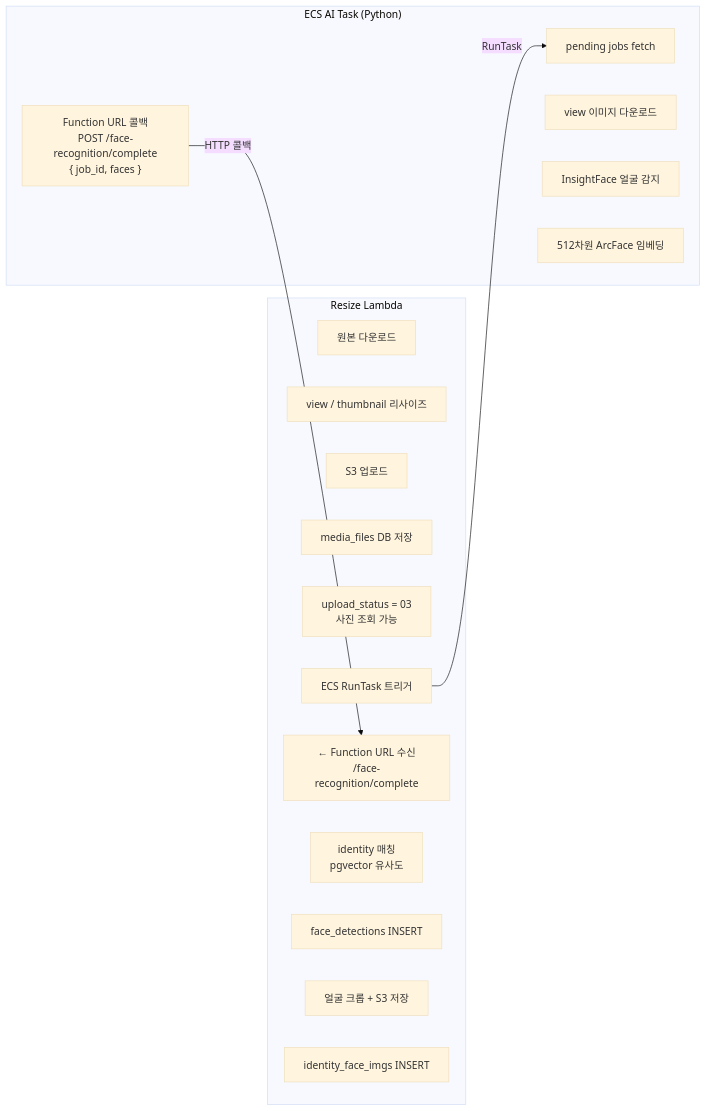
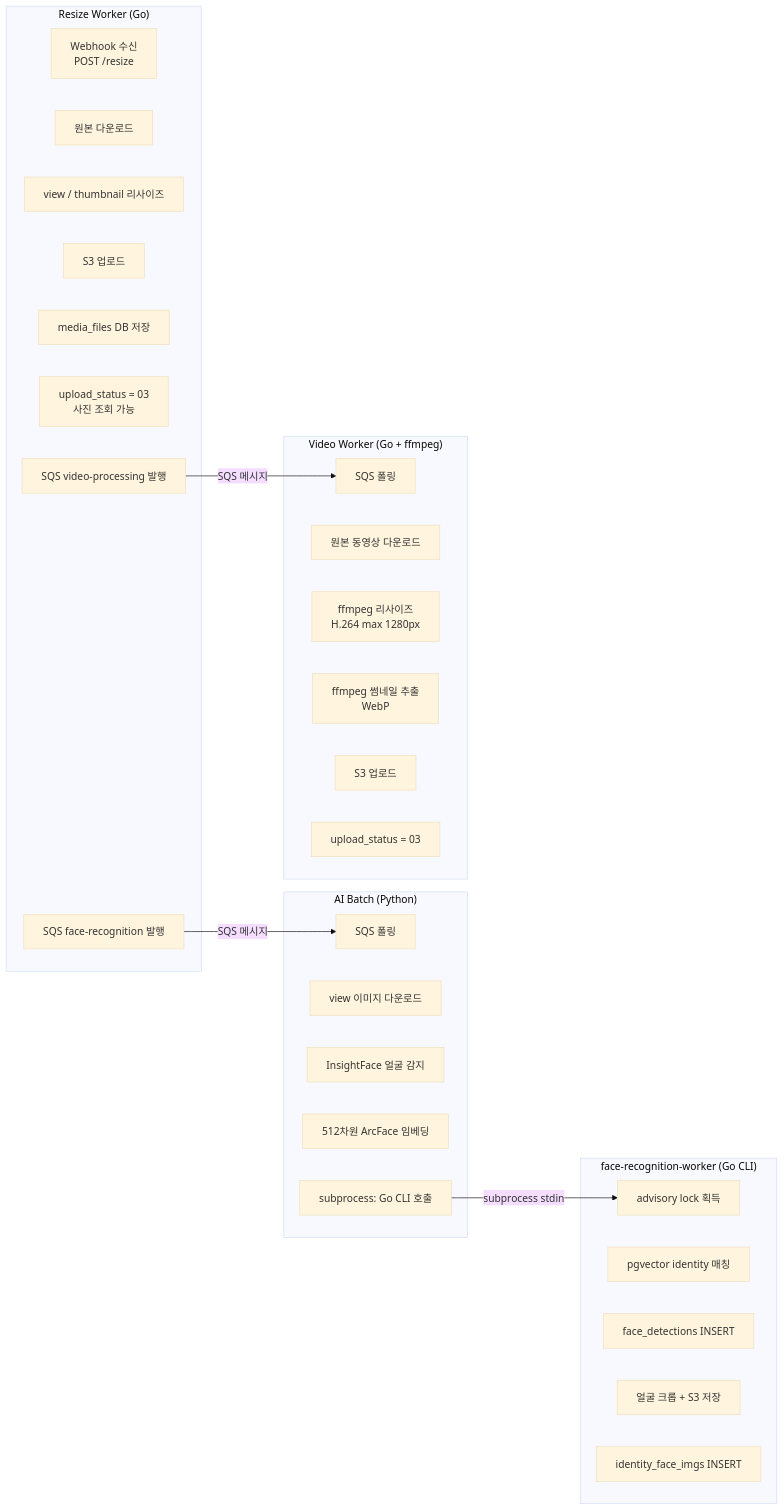
Before and after one commit to ywl0806/yuno_kiroku: the fifth of 8 diagrams in docs/03-aws-infrastructure.md, drawn with Mermaid (base theme). The commit also changed other lines of this file and 25 other files, not shown here.

````diff
--- a/docs/03-aws-infrastructure.md
+++ b/docs/03-aws-infrastructure.md
@@ -217,27 +271,42 @@
 ```mermaid
 graph LR
-    subgraph RL["Resize Lambda"]
-        RL1[원본 다운로드]
-        RL2[view / thumbnail 리사이즈]
-        RL3[S3 업로드]
-        RL4[media_files DB 저장]
-        RL5[upload_status = 03\n사진 조회 가능]
-        RL6[ECS RunTask 트리거]
-        RL7["← Function URL 수신\n/face-recognition/complete"]
-        RL8[identity 매칭\npgvector 유사도]
-        RL9[face_detections INSERT]
-        RL10[얼굴 크롭 + S3 저장]
-        RL11[identity_face_imgs INSERT]
+    subgraph RW["Resize Worker (Go)"]
+        RW1[Webhook 수신\nPOST /resize]
+        RW2[원본 다운로드]
+        RW3[view / thumbnail 리사이즈]
+        RW4[S3 업로드]
+        RW5[media_files DB 저장]
+        RW6[upload_status = 03\n사진 조회 가능]
+        RW7[SQS face-recognition 발행]
+        RW8[SQS video-processing 발행]
     end
 
-    subgraph ECS["ECS AI Task (Python)"]
-        ECS1[pending jobs fetch]
-        ECS2[view 이미지 다운로드]
-        ECS3[InsightFace 얼굴 감지]
-        ECS4[512차원 ArcFace 임베딩]
-        ECS5["Function URL 콜백\nPOST /face-recognition/complete\n{ job_id, faces }"]
+    subgraph AI["AI Batch (Python)"]
+        AI1[SQS 폴링]
+        AI2[view 이미지 다운로드]
+        AI3[InsightFace 얼굴 감지]
+        AI4[512차원 ArcFace 임베딩]
+        AI5[subprocess: Go CLI 호출]
     end
 
-    RL6 -->|RunTask| ECS1
-    ECS5 -->|HTTP 콜백| RL7
+    subgraph GoCLI["face-recognition-worker (Go CLI)"]
+        GO1[advisory lock 획득]
+        GO2[pgvector identity 매칭]
+        GO3[face_detections INSERT]
+        GO4[얼굴 크롭 + S3 저장]
+        GO5[identity_face_imgs INSERT]
+    end
+
+    subgraph VW["Video Worker (Go + ffmpeg)"]
+        VW1[SQS 폴링]
+        VW2[원본 동영상 다운로드]
+        VW3[ffmpeg 리사이즈\nH.264 max 1280px]
+        VW4[ffmpeg 썸네일 추출\nWebP]
+        VW5[S3 업로드]
+        VW6[upload_status = 03]
+    end
+
+    RW7 -->|SQS 메시지| AI1
+    AI5 -->|subprocess stdin| GO1
+    RW8 -->|SQS 메시지| VW1
 ```
````
